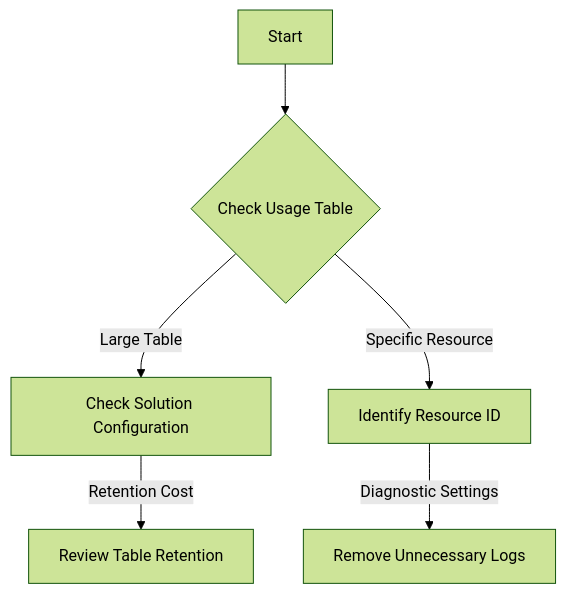
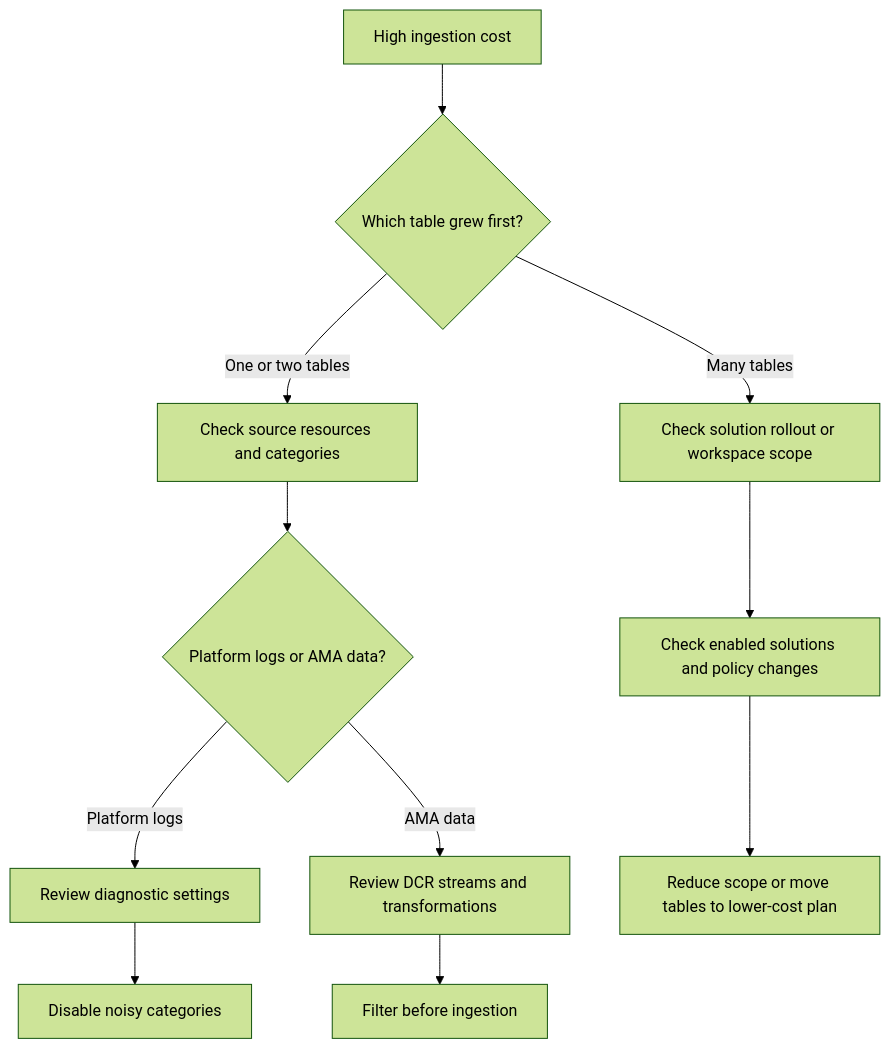
The diagram in docs/troubleshooting/playbooks/high-ingestion-cost.md (yeongseon/azure-monitoring-practical-guide), drawn with Mermaid (forest theme) before and after one commit. The commit also changed other lines of this file and 50 other files, not shown here.

````diff
--- a/docs/troubleshooting/playbooks/high-ingestion-cost.md
+++ b/docs/troubleshooting/playbooks/high-ingestion-cost.md
@@ -17,8 +18,13 @@
 ```mermaid
 flowchart TD
-    A[Start] --> B{Check Usage Table}
-    B -->|Large Table| C[Check Solution Configuration]
-    B -->|Specific Resource| D[Identify Resource ID]
-    D -->|Diagnostic Settings| E[Remove Unnecessary Logs]
-    C -->|Retention Cost| F[Review Table Retention]
+    A[High ingestion cost] --> B{Which table grew first?}
+    B -->|One or two tables| C[Check source resources and categories]
+    B -->|Many tables| D[Check solution rollout or workspace scope]
+    C --> E{Platform logs or AMA data?}
+    E -->|Platform logs| F[Review diagnostic settings]
+    E -->|AMA data| G[Review DCR streams and transformations]
+    D --> H[Check enabled solutions and policy changes]
+    F --> I[Disable noisy categories]
+    G --> J[Filter before ingestion]
+    H --> K[Reduce scope or move tables to lower-cost plan]
 ```
````
